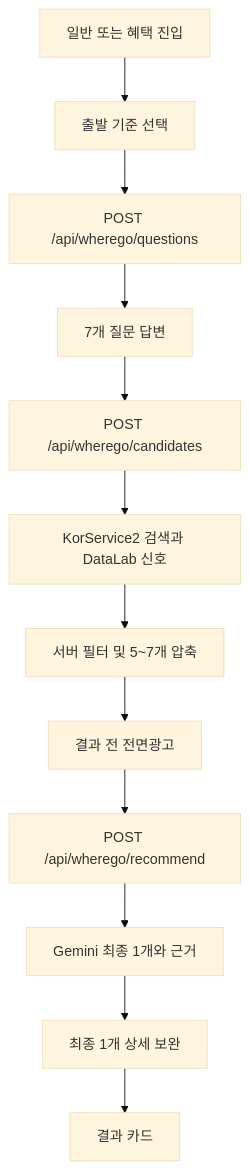
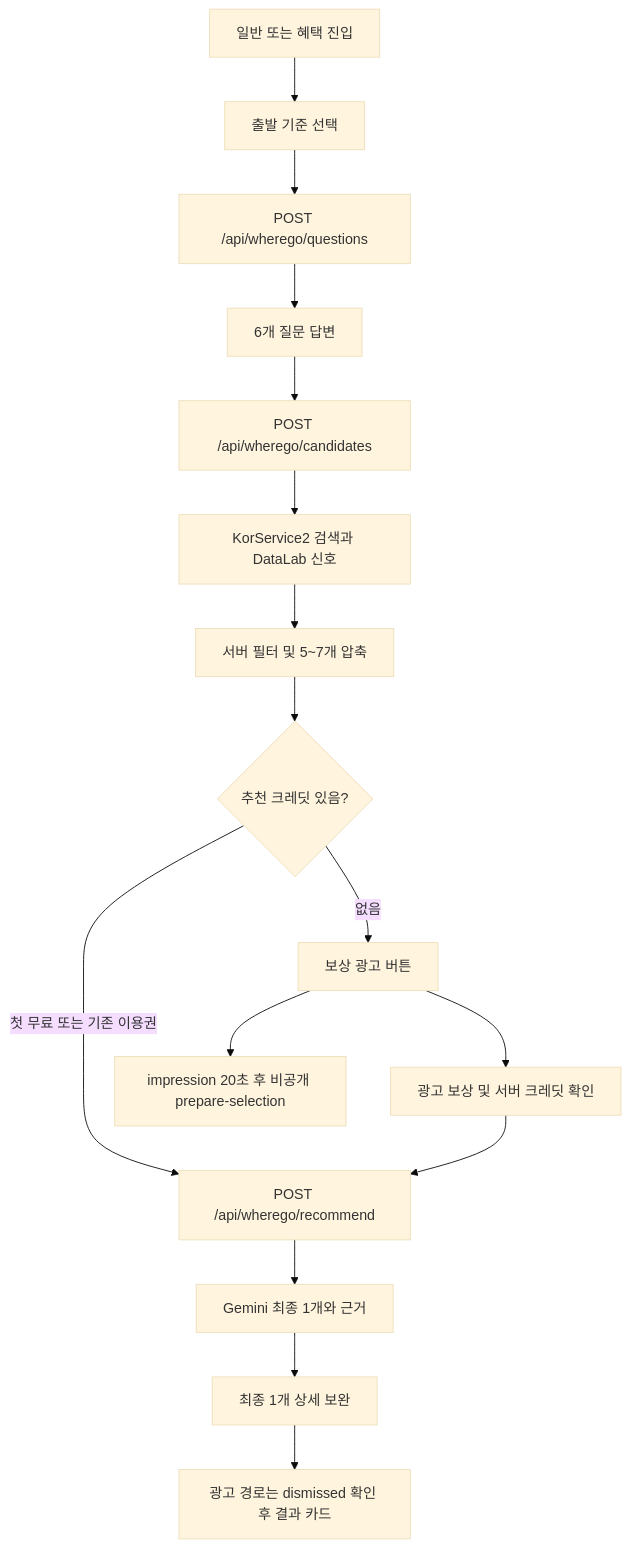
The diagram in docs/02_구조와_흐름.md (gisaya/wherego), drawn with Mermaid (base theme) before and after one commit. The commit also changed other lines of this file and 51 other files, not shown here.

Commit message:
Save weekend web experiment and rewarded miniapp flow

````diff
--- a/docs/02_구조와_흐름.md
+++ b/docs/02_구조와_흐름.md
@@ -28,14 +35,18 @@
 ```mermaid
 flowchart TD
   A["일반 또는 혜택 진입"] --> B["출발 기준 선택"]
   B --> C["POST /api/wherego/questions"]
-  C --> D["7개 질문 답변"]
+  C --> D["6개 질문 답변"]
   D --> E["POST /api/wherego/candidates"]
   E --> F["KorService2 검색과 DataLab 신호"]
   F --> G["서버 필터 및 5~7개 압축"]
-  G --> H["결과 전 전면광고"]
-  H --> I["POST /api/wherego/recommend"]
+  G --> H{"추천 크레딧 있음?"}
+  H -->|첫 무료 또는 기존 이용권| I["POST /api/wherego/recommend"]
+  H -->|없음| R["보상 광고 버튼"]
+  R --> P["impression 20초 후 비공개 prepare-selection"]
+  R --> W["광고 보상 및 서버 크레딧 확인"]
+  W --> I
   I --> J["Gemini 최종 1개와 근거"]
   J --> K["최종 1개 상세 보완"]
-  K --> L["결과 카드"]
+  K --> L["광고 경로는 dismissed 확인 후 결과 카드"]
 ```
````
